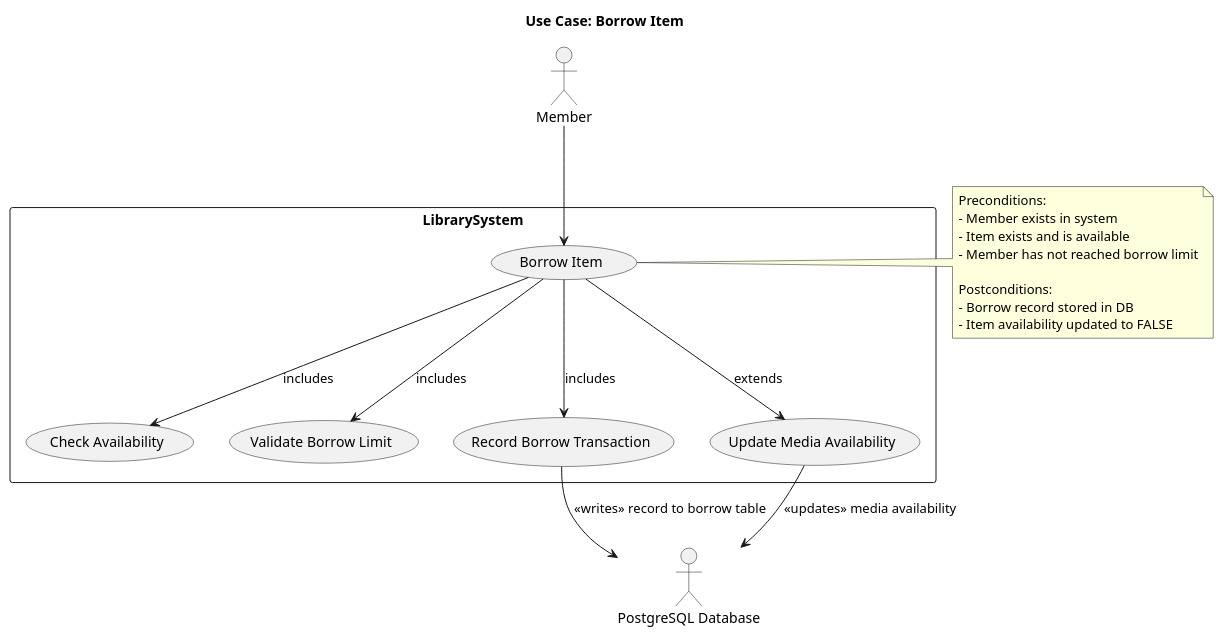
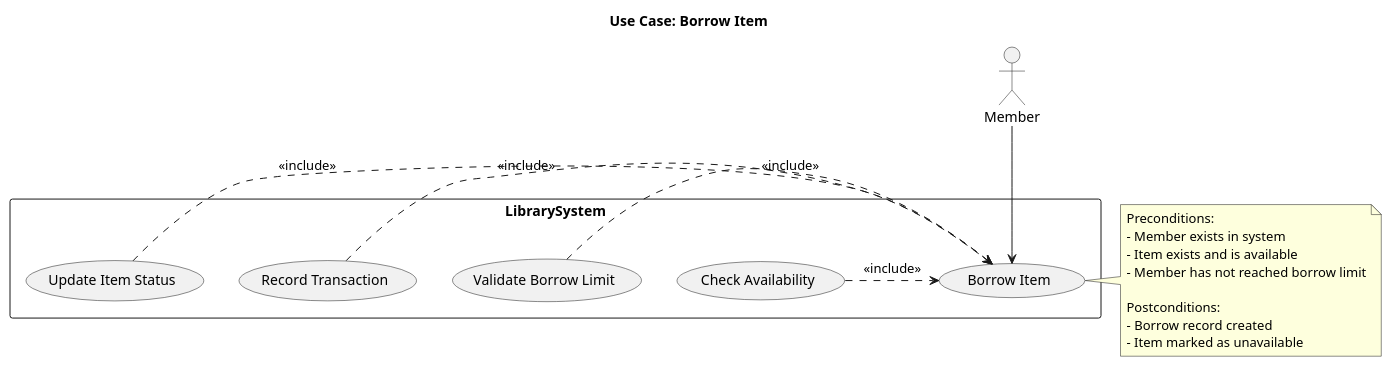
Before and after one commit to Frozen-Potato/WhateverTheFuckThisIs: the first of 2 diagrams in Main Example/Library/Diagrams/Use-case.md, drawn with PlantUML. The commit also changed other lines of this file, not shown here.

````diff
--- a/Main Example/Library/Diagrams/Use-case.md
+++ b/Main Example/Library/Diagrams/Use-case.md
@@ -1,34 +1,33 @@
 ```plantuml
 @startuml
 title Use Case: Borrow Item
 
 actor "Member" as Member
-actor "PostgreSQL Database" as DB
+
 rectangle LibrarySystem {
     usecase "Borrow Item" as UC_Borrow
     usecase "Check Availability" as UC_CheckAvail
     usecase "Validate Borrow Limit" as UC_ValidateLimit
-    usecase "Record Borrow Transaction" as UC_Record
-    usecase "Update Media Availability" as UC_Update
+    usecase "Record Transaction" as UC_Record
+    usecase "Update Item Status" as UC_Update
 }
 
 Member --> UC_Borrow
-UC_Borrow --> UC_CheckAvail : includes
-UC_Borrow --> UC_ValidateLimit : includes
-UC_Borrow --> UC_Record : includes
-UC_Record --> DB : <<writes>> record to borrow table
-UC_Update --> DB : <<updates>> media availability
-UC_Borrow --> UC_Update : extends
+
+UC_CheckAvail .> UC_Borrow : <<include>>
+UC_ValidateLimit .> UC_Borrow : <<include>>
+UC_Record .> UC_Borrow : <<include>>
+UC_Update .> UC_Borrow : <<include>>
 
 note right of UC_Borrow
   Preconditions:
   - Member exists in system
   - Item exists and is available
   - Member has not reached borrow limit
-
+  
   Postconditions:
-  - Borrow record stored in DB
-  - Item availability updated to FALSE
+  - Borrow record created
+  - Item marked as unavailable
 end note
 @enduml
 ```
````
